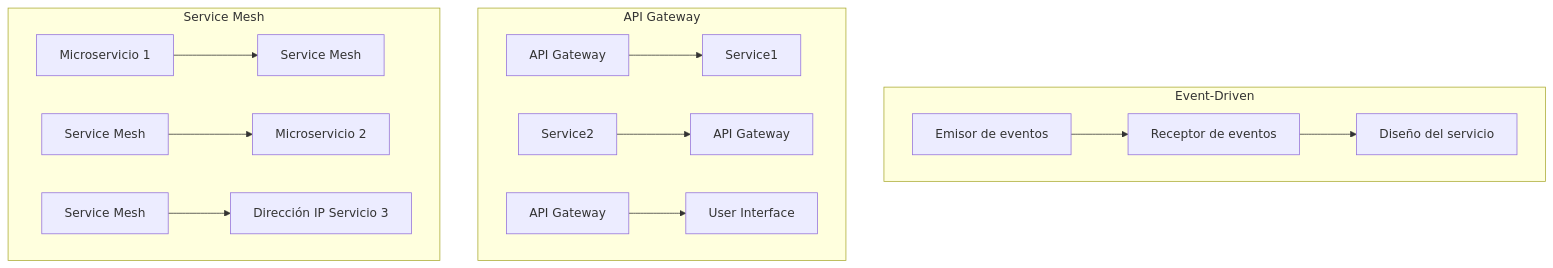
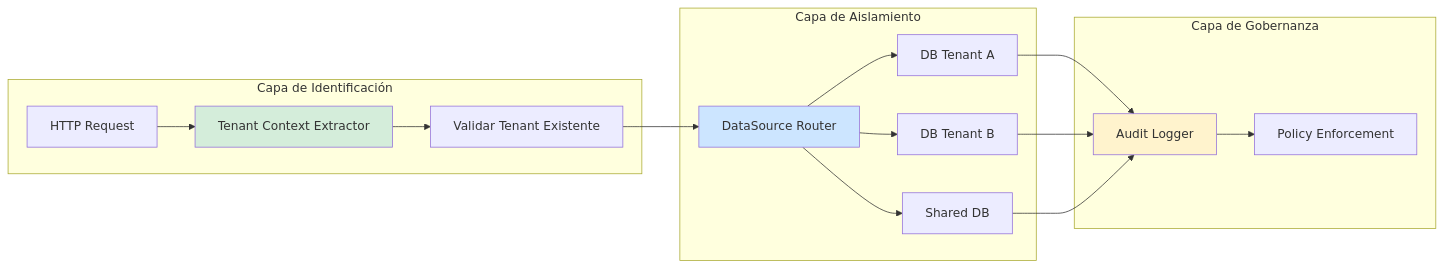
The second of 3 diagrams in _Review/multitenancy_en_saas_con_java/multitenancy_en_saas_con_java.md (Joaquinriosheredia/DAM-Java-Mastery), drawn with Mermaid before and after one commit. The commit also changed other lines of this file, not shown here.

````diff
--- a/_Review/multitenancy_en_saas_con_java/multitenancy_en_saas_con_java.md
+++ b/_Review/multitenancy_en_saas_con_java/multitenancy_en_saas_con_java.md
@@ -378,19 +149,25 @@
 ```mermaid
-graph TD
-    subgraph Event-Driven
-        A[Emisor de eventos] --> B[Receptor de eventos]
-        B --> C[Diseño del servicio]
+graph LR
+    subgraph "Capa de Identificación"
+        REQ[HTTP Request] --> EXTRACT[Tenant Context Extractor]
+        EXTRACT --> VALIDATE[Validar Tenant Existente]
     end
-
-    subgraph API Gateway
-        D[API Gateway] --> E[Service1]
-        F[Service2] --> G[API Gateway]
-        H[API Gateway] --> I[User Interface]
+    
+    subgraph "Capa de Aislamiento"
+        VALIDATE --> ROUTE[DataSource Router]
+        ROUTE --> DB1[DB Tenant A]
+        ROUTE --> DB2[DB Tenant B]
+        ROUTE --> DB3[Shared DB]
     end
-
-    subgraph Service Mesh
-        J[Microservicio 1] --> K[Service Mesh]
-        L[Service Mesh] --> M[Microservicio 2]
-        N[Service Mesh] --> O[Dirección IP Servicio 3]
+    
+    subgraph "Capa de Gobernanza"
+        DB1 --> AUDIT[Audit Logger]
+        DB2 --> AUDIT
+        DB3 --> AUDIT
+        AUDIT --> POLICY[Policy Enforcement]
     end
+    
+    style EXTRACT fill:#d4edda
+    style ROUTE fill:#cce5ff
+    style AUDIT fill:#fff3cd
 ```
````
